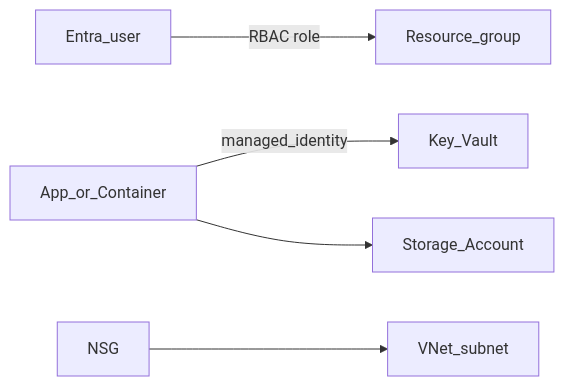
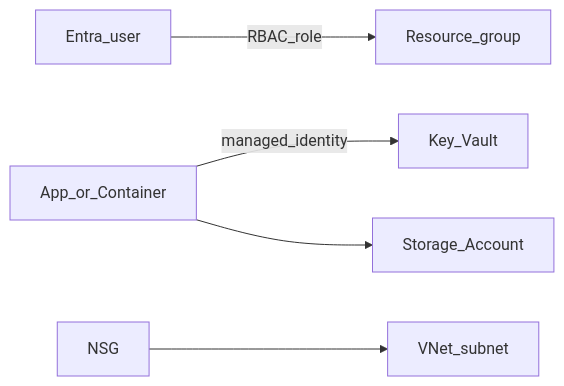
The diagram in career-project-specs/04-azure-admin-governance.md (shemaiahCox/career-playbook), drawn with Mermaid before and after one commit. The commit also changed other lines of this file and 43 other files, not shown here.

````diff
--- a/career-project-specs/04-azure-admin-governance.md
+++ b/career-project-specs/04-azure-admin-governance.md
@@ -38,7 +52,7 @@
 ```mermaid
 flowchart LR
-  Human[Entra_user] -->|"RBAC role"| RG[Resource_group]
+  Human[Entra_user] -->|"RBAC_role"| RG[Resource_group]
   App[App_or_Container] -->|"managed_identity"| KV[Key_Vault]
   App --> SA[Storage_Account]
   NSG[NSG] --> Subnet[VNet_subnet]
 ```
````
